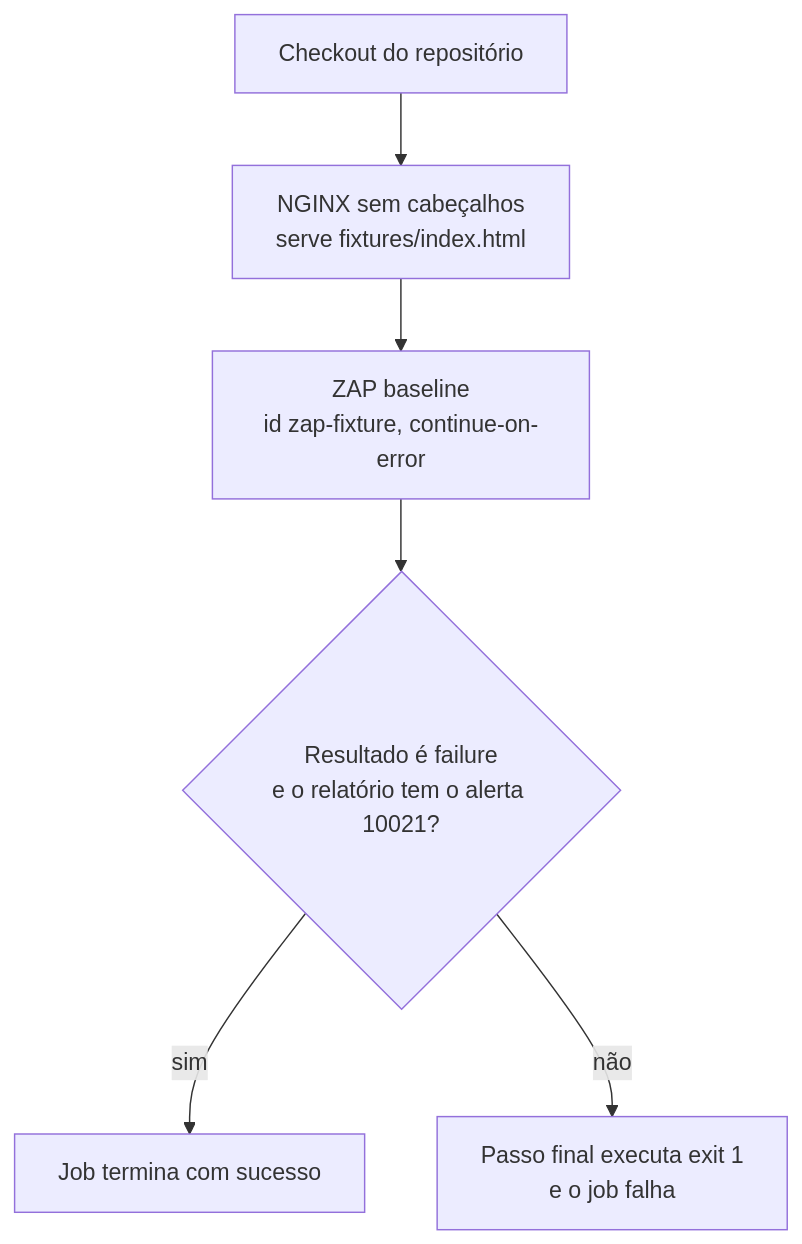
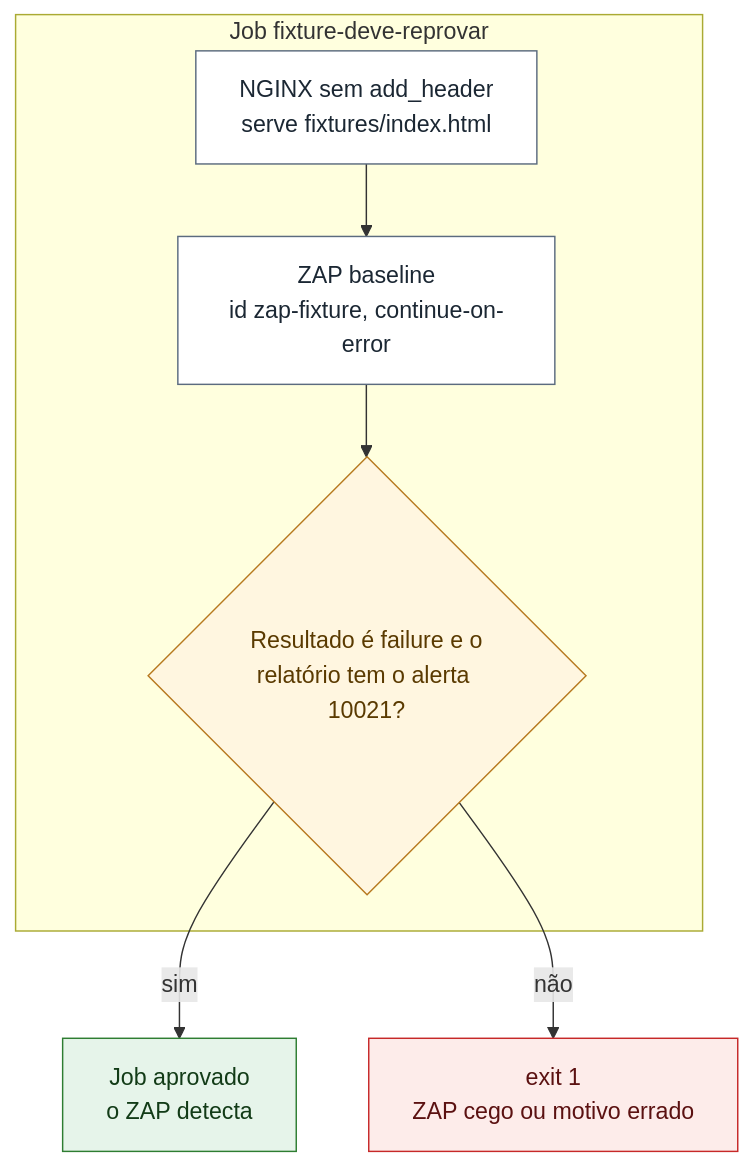
Before and after one commit to arkhibr/devops-fluxos-c3dm: the second of 2 diagrams in cenarios/07-seguranca-dinamica/README.md, drawn with Mermaid. The commit also changed other lines of this file and 7 other files, not shown here.

First line of the commit message:
docs(cenarios): trechos de workflow, links e diagramas dos cenários 01 a 07 (#25)

````diff
--- a/cenarios/07-seguranca-dinamica/README.md
+++ b/cenarios/07-seguranca-dinamica/README.md
@@ -19,8 +204,20 @@
 ```mermaid
 flowchart TB
-    A["Checkout do repositório"] --> B["NGINX sem cabeçalhos<br/>serve fixtures/index.html"]
-    B --> C["ZAP baseline<br/>id zap-fixture, continue-on-error"]
-    C --> D{"Resultado é failure<br/>e o relatório tem o alerta 10021?"}
-    D -- "sim" --> E["Job termina com sucesso"]
-    D -- "não" --> F["Passo final executa exit 1<br/>e o job falha"]
+    subgraph job["Job fixture-deve-reprovar"]
+        A["NGINX sem add_header<br/>serve fixtures/index.html"]:::etapa
+        B["ZAP baseline<br/>id zap-fixture, continue-on-error"]:::etapa
+        C{"Resultado é failure e o<br/>relatório tem o alerta 10021?"}:::verificacao
+    end
+    S["Job aprovado<br/>o ZAP detecta"]:::sucesso
+    X["exit 1<br/>ZAP cego ou motivo errado"]:::falha
+    A --> B --> C
+    C -- "sim" --> S
+    C -- "não" --> X
+
+    classDef gatilho fill:#E8F1FB,stroke:#1F5FA8,color:#0B2545
+    classDef etapa fill:#FFFFFF,stroke:#5B6B7F,color:#1B2733
+    classDef verificacao fill:#FFF6E0,stroke:#B7791F,color:#5A3A00
+    classDef sucesso fill:#E6F4EA,stroke:#2E7D32,color:#123B17
+    classDef falha fill:#FDECEA,stroke:#C62828,color:#5B1111
+    classDef artefato fill:#F3E8FD,stroke:#6A3FB5,color:#2D1457
 ```
````
